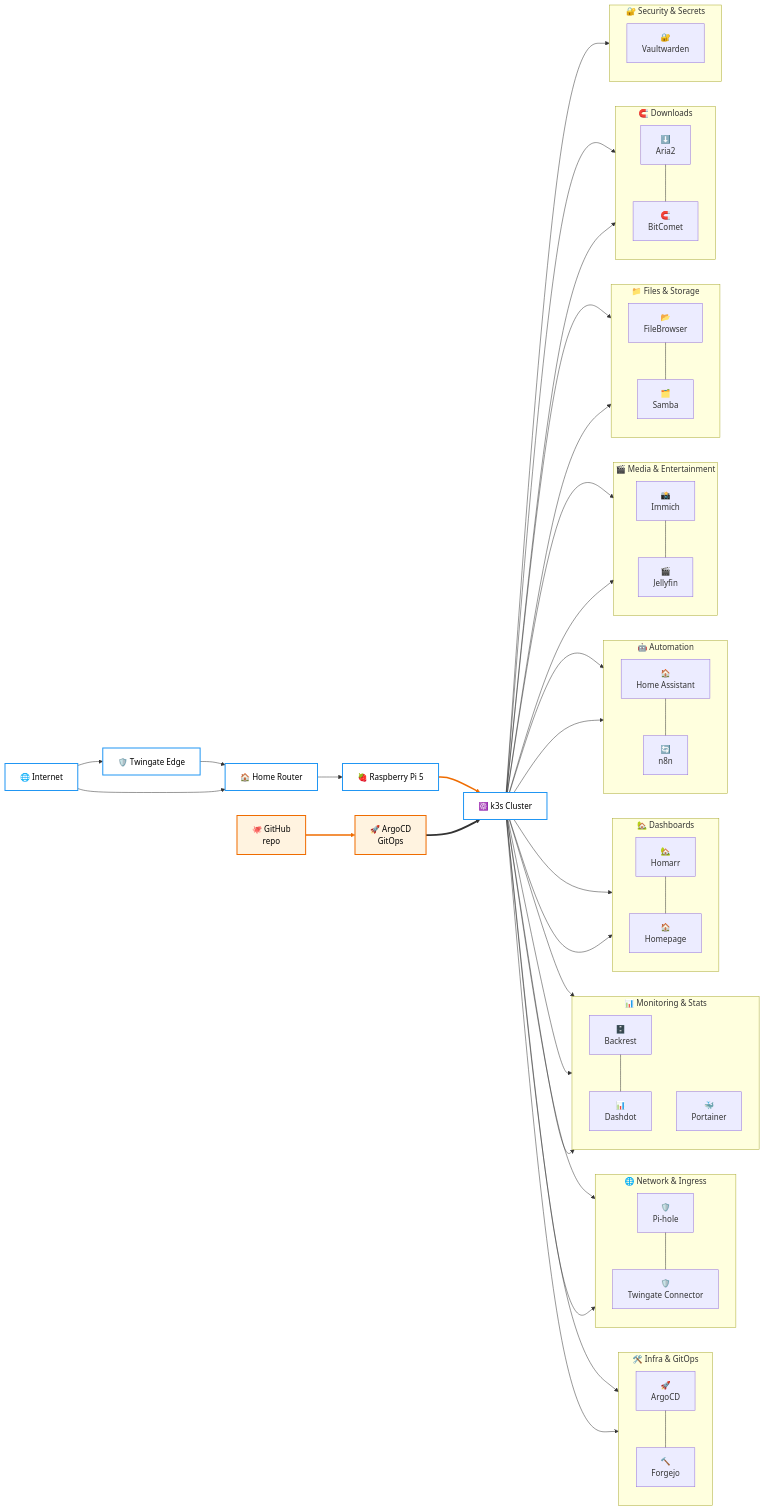
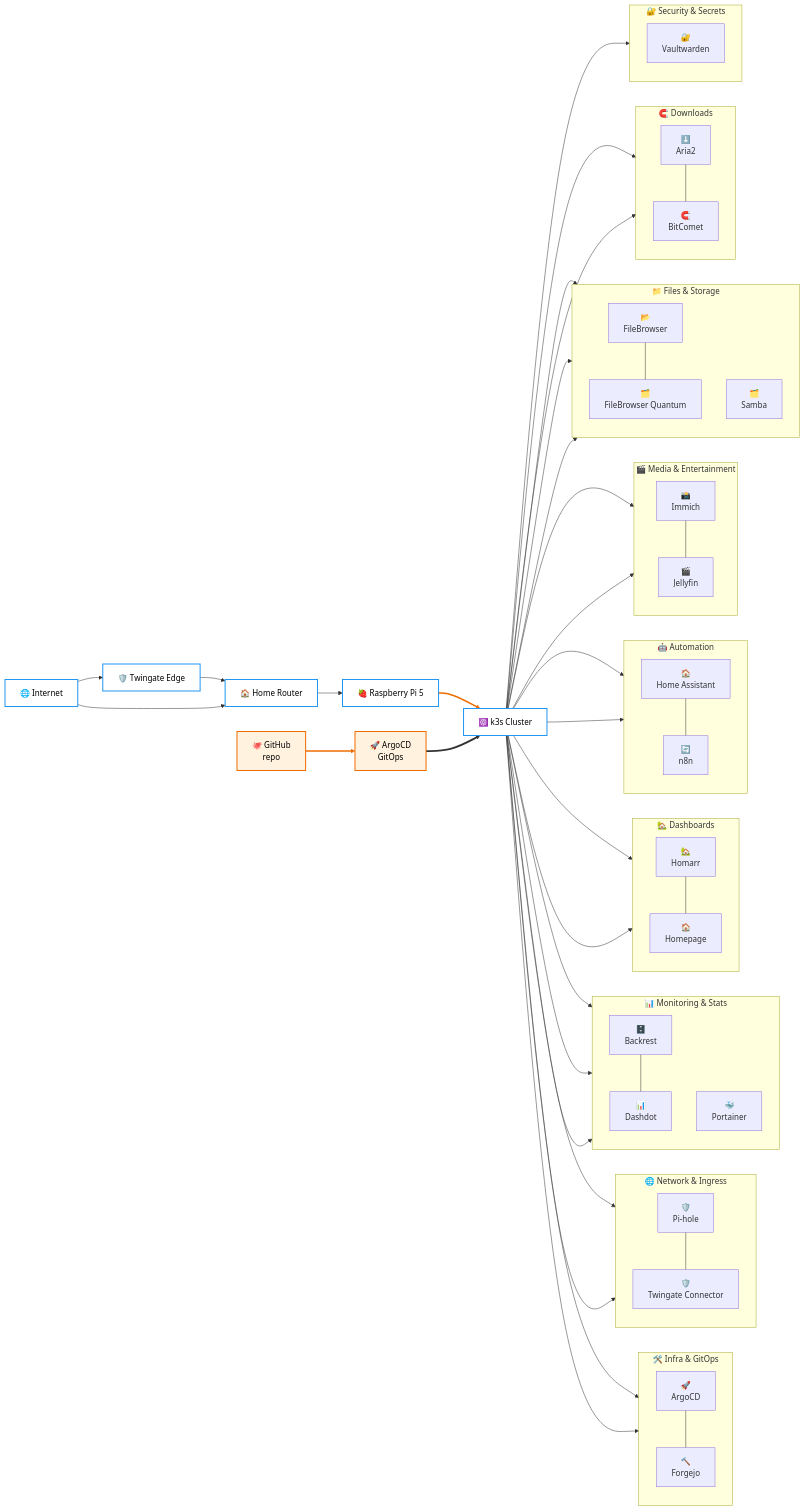
Before and after one commit to Thre4dripper/Home-Server-Lab: the diagram in k3s/README.md, drawn with Mermaid. The commit also changed other lines of this file and 13 other files, not shown here.

```diff
--- a/k3s/README.md
+++ b/k3s/README.md
@@ -152,10 +152,12 @@
     subgraph FilesStorage["📁 Files & Storage"]
         direction TB
         filebrowser[📂<br/>FileBrowser]
+        filebrowserquantum[🗂️<br/>FileBrowser Quantum]
         samba[🗂️<br/>Samba]
-        filebrowser --- samba
+        filebrowser --- filebrowserquantum
     end
     K3s --> filebrowser
+    K3s --> filebrowserquantum
     K3s --> samba
 
     subgraph Downloads["🧲 Downloads"]
```
